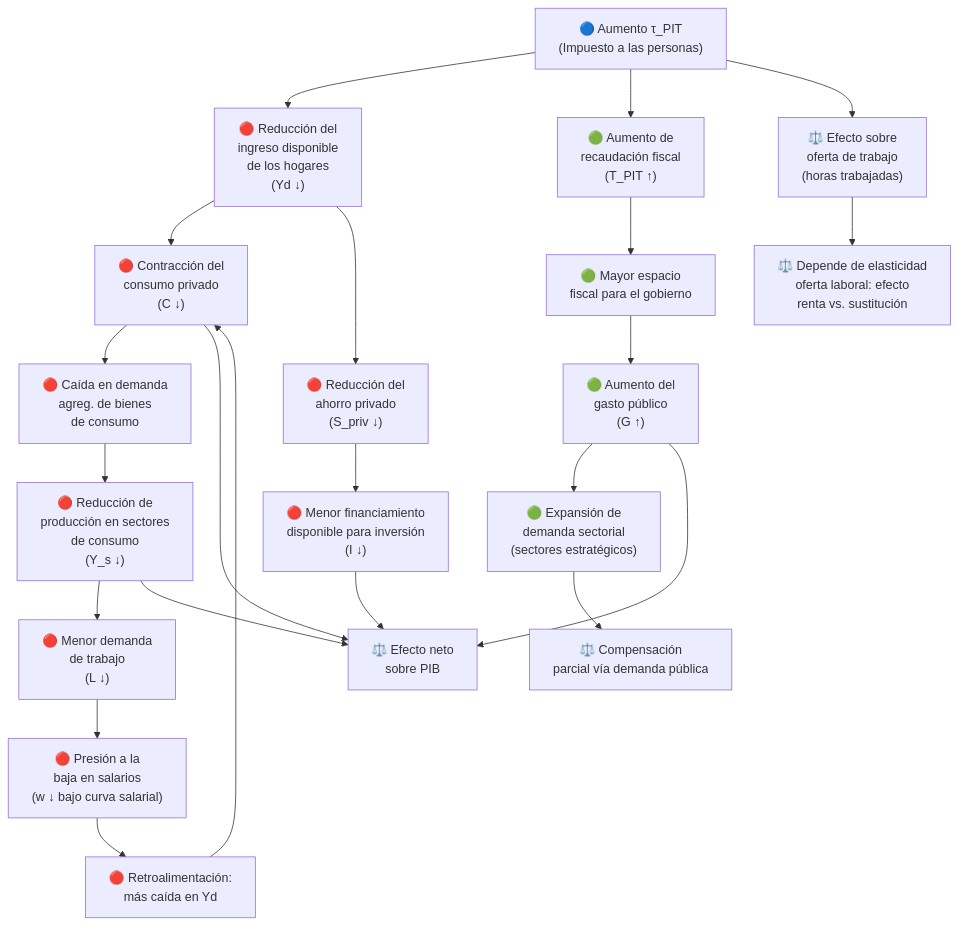
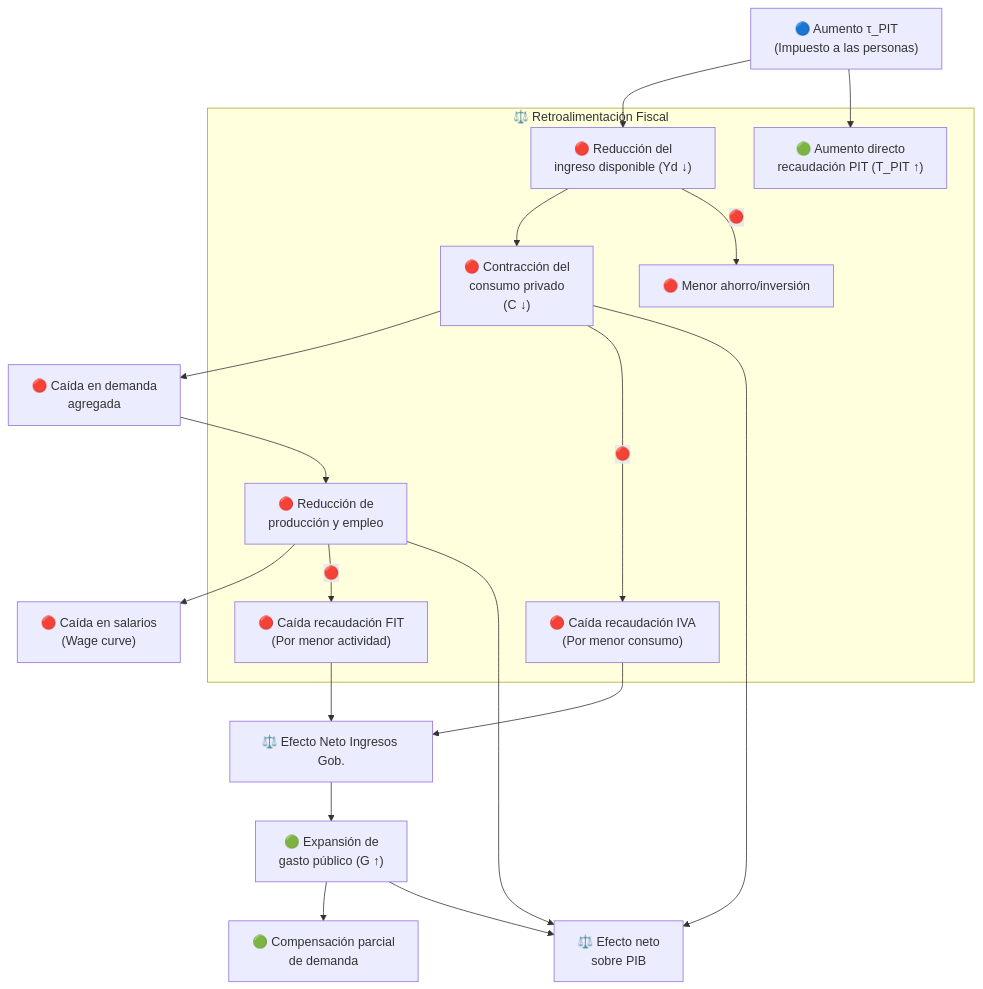
Before and after one commit to fcohenriquez/eq_general: the third of 3 diagrams in documentacion/esquemas_transmision_politicas.md, drawn with Mermaid. The commit also changed other lines of this file and 4 other files, not shown here.

````diff
--- a/documentacion/esquemas_transmision_politicas.md
+++ b/documentacion/esquemas_transmision_politicas.md
@@ -128,32 +132,27 @@
 ```mermaid
 flowchart TD
     A["🔵 Aumento τ_PIT\n(Impuesto a las personas)"]
 
-    A --> B["🔴 Reducción del\ningreso disponible\nde los hogares\n(Yd ↓)"]
+    A --> B["🔴 Reducción del\ningreso disponible (Yd ↓)"]
     B --> C["🔴 Contracción del\nconsumo privado\n(C ↓)"]
-    C --> D["🔴 Caída en demanda\nagreg. de bienes\nde consumo"]
+    C --> D["🔴 Caída en demanda\nagregada"]
 
-    A --> E["🟢 Aumento de\nrecaudación fiscal\n(T_PIT ↑)"]
-    E --> F["🟢 Mayor espacio\nfiscal para el gobierno"]
-    F --> G["🟢 Aumento del\ngasto público\n(G ↑)"]
-    G --> H["🟢 Expansión de\ndemanda sectorial\n(sectores estratégicos)"]
+    A --> E["🟢 Aumento directo\nrecaudación PIT (T_PIT ↑)"]
 
-    D --> I["🔴 Reducción de\nproducción en sectores\nde consumo\n(Y_s ↓)"]
-    I --> J["🔴 Menor demanda\nde trabajo\n(L ↓)"]
-    J --> K["🔴 Presión a la\nbaja en salarios\n(w ↓ bajo curva salarial)"]
-    K --> L["🔴 Retroalimentación:\nmás caída en Yd"]
-    L --> C
+    D --> I["🔴 Reducción de\nproducción y empleo"]
+    I --> J["🔴 Caída en salarios\n(Wage curve)"]
 
-    B --> M["🔴 Reducción del\nahorro privado\n(S_priv ↓)"]
-    M --> N["🔴 Menor financiamiento\ndisponible para inversión\n(I ↓)"]
+    subgraph Recaudacion["⚖️ Retroalimentación Fiscal"]
+        E
+        C -- "🔴" --> T_IVA["🔴 Caída recaudación IVA\n(Por menor consumo)"]
+        I -- "🔴" --> T_FIT["🔴 Caída recaudación FIT\n(Por menor actividad)"]
+        B -- "🔴" --> T_SAV["🔴 Menor ahorro/inversión"]
+    end
 
-    H --> O["⚖️ Compensación\nparcial vía demanda pública"]
+    T_IVA & T_FIT --> F["⚖️ Efecto Neto Ingresos Gob."]
+    F --> G["🟢 Expansión de\ngasto público (G ↑)"]
 
-    A --> P["⚖️ Efecto sobre\noferta de trabajo\n(horas trabajadas)"]
-    P --> Q["⚖️ Depende de elasticidad\noferta laboral: efecto\nrenta vs. sustitución"]
+    G --> H["🟢 Compensación parcial\nde demanda"]
 
-    C --> R["⚖️ Efecto neto\nsobre PIB"]
-    G --> R
-    N --> R
-    I --> R
+    C & G & I --> R["⚖️ Efecto neto\nsobre PIB"]
 ```
````
